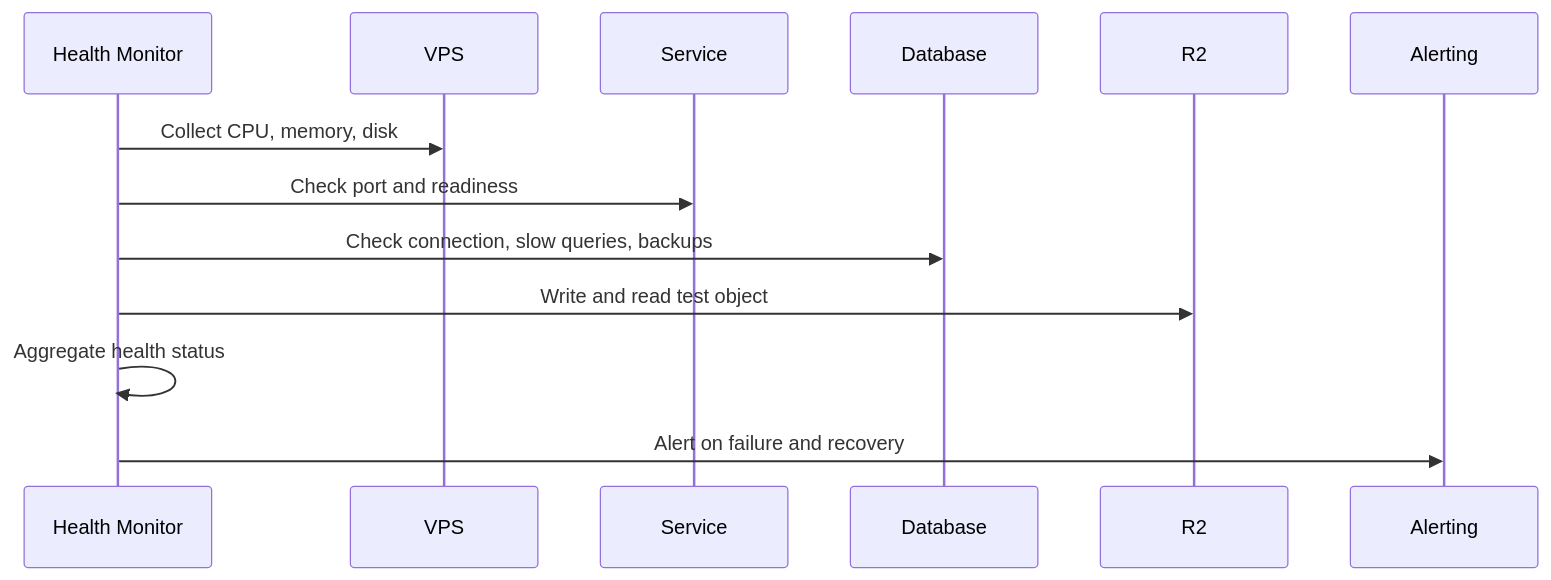
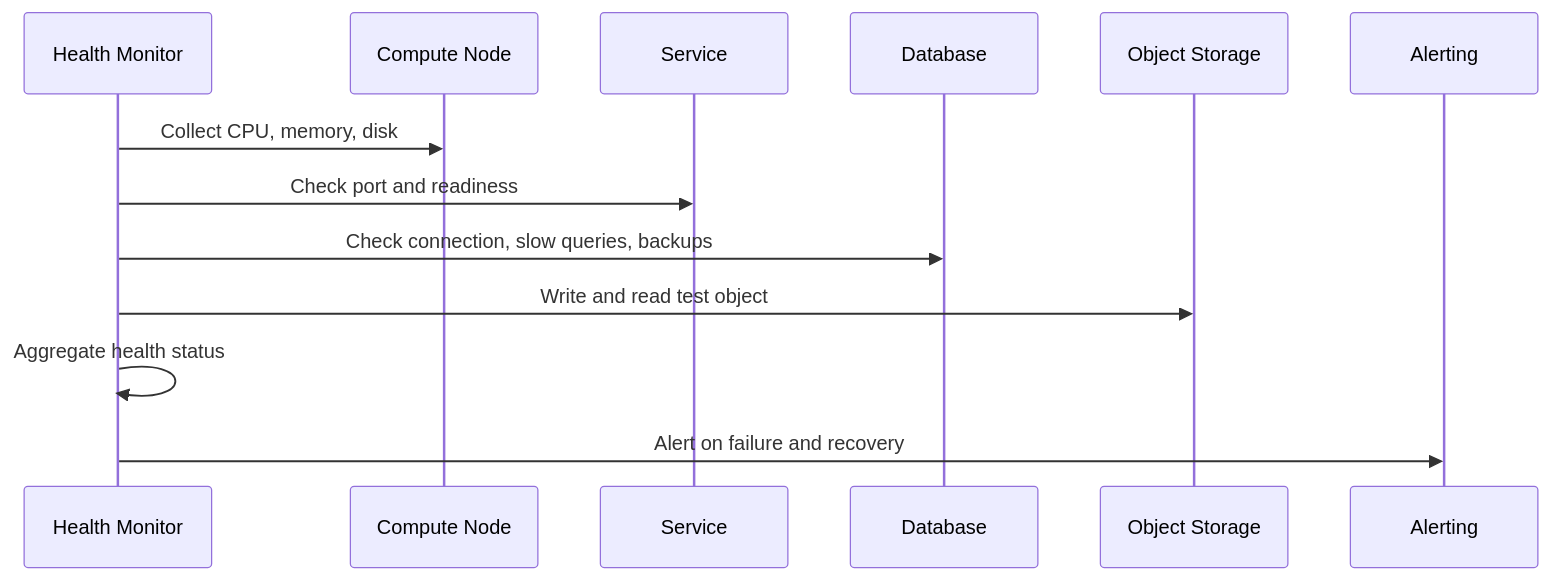
One commit to Liyuk/liyuk.github.io changed the fourth of 6 diagrams in src/content/writing/2026/08/from-request-id-to-trace-system/zh.md. Above: the diagram before and after it, drawn with Mermaid. The commit also changed other lines of this file and 11 other files, not shown here.

````diff
--- a/src/content/writing/2026/08/from-request-id-to-trace-system/zh.md
+++ b/src/content/writing/2026/08/from-request-id-to-trace-system/zh.md
@@ -241,16 +237,16 @@
 ```mermaid
 sequenceDiagram
     participant M as Health Monitor
-    participant V as VPS
+    participant V as Compute Node
     participant S as Service
     participant DB as Database
-    participant R as R2
+    participant R as Object Storage
     participant A as Alerting
 
     M->>V: Collect CPU, memory, disk
     M->>S: Check port and readiness
     M->>DB: Check connection, slow queries, backups
     M->>R: Write and read test object
     M->>M: Aggregate health status
     M->>A: Alert on failure and recovery
 ```
````
